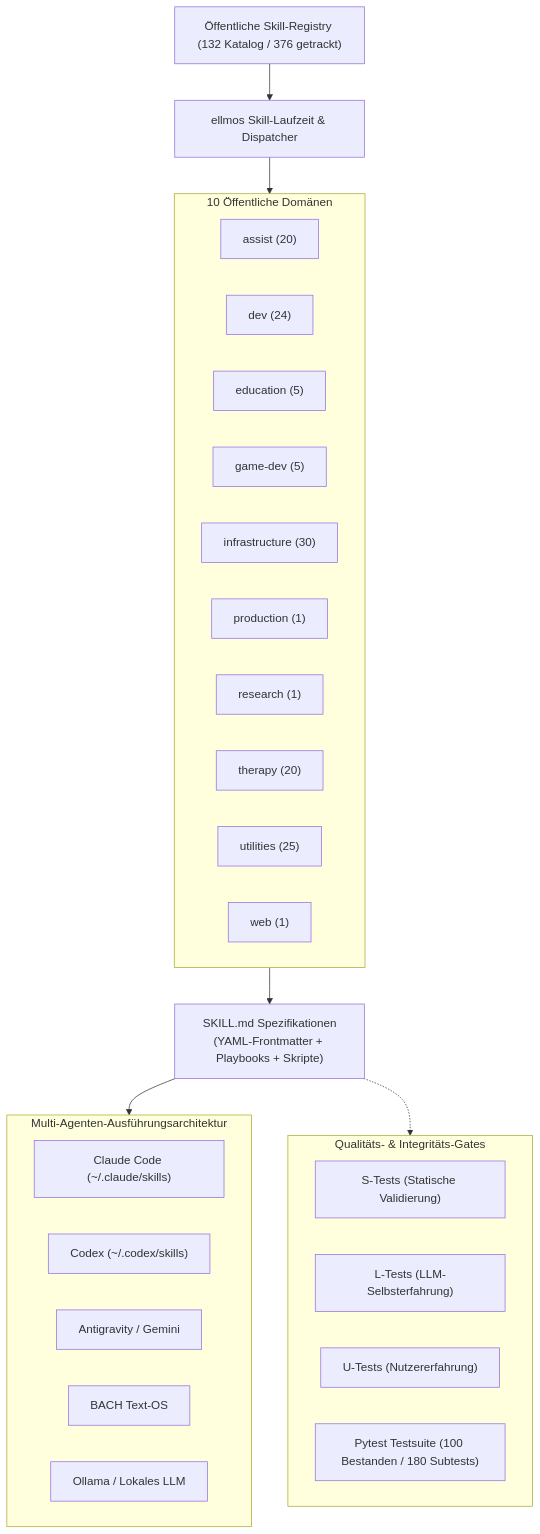
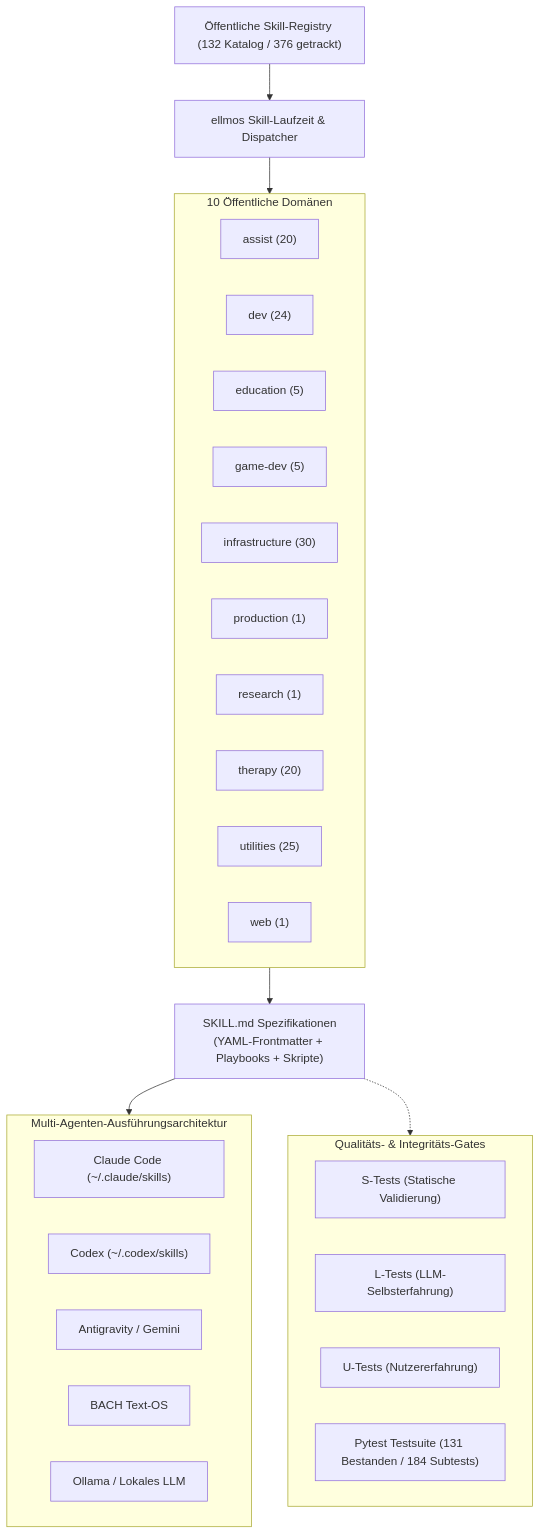
Before and after one commit to ellmos-ai/skills: the first of 2 diagrams in README_de.md, drawn with Mermaid. The commit also changed other lines of this file and 7 other files, not shown here.

````diff
--- a/README_de.md
+++ b/README_de.md
@@ -42,39 +45,39 @@
 ```mermaid
 flowchart TD
     Registry["Öffentliche Skill-Registry (132 Katalog / 376 getrackt)"] --> Engine["ellmos Skill-Laufzeit & Dispatcher"]
     
     subgraph Catalog ["10 Öffentliche Domänen"]
         Assist["assist (20)"]
         Dev["dev (24)"]
         Edu["education (5)"]
         Game["game-dev (5)"]
         Infra["infrastructure (30)"]
         Prod["production (1)"]
         Res["research (1)"]
         Therapy["therapy (20)"]
         Utils["utilities (25)"]
         Web["web (1)"]
     end
     
     Engine --> Catalog
     Catalog --> Artifacts["SKILL.md Spezifikationen\n(YAML-Frontmatter + Playbooks + Skripte)"]
     
     subgraph MultiAgentRuntimes ["Multi-Agenten-Ausführungsarchitektur"]
         ClaudeCode["Claude Code (~/.claude/skills)"]
         Codex["Codex (~/.codex/skills)"]
         AGY["Antigravity / Gemini"]
         BACH["BACH Text-OS"]
         LocalOllama["Ollama / Lokales LLM"]
     end
     
     Artifacts --> MultiAgentRuntimes
     
     subgraph QualityGates ["Qualitäts- & Integritäts-Gates"]
         STests["S-Tests (Statische Validierung)"]
         LTests["L-Tests (LLM-Selbsterfahrung)"]
         UTests["U-Tests (Nutzererfahrung)"]
-        PytestSuite["Pytest Testsuite (100 Bestanden / 180 Subtests)"]
+        PytestSuite["Pytest Testsuite (131 Bestanden / 184 Subtests)"]
     end
     
     Artifacts -.-> QualityGates
 ```
````
